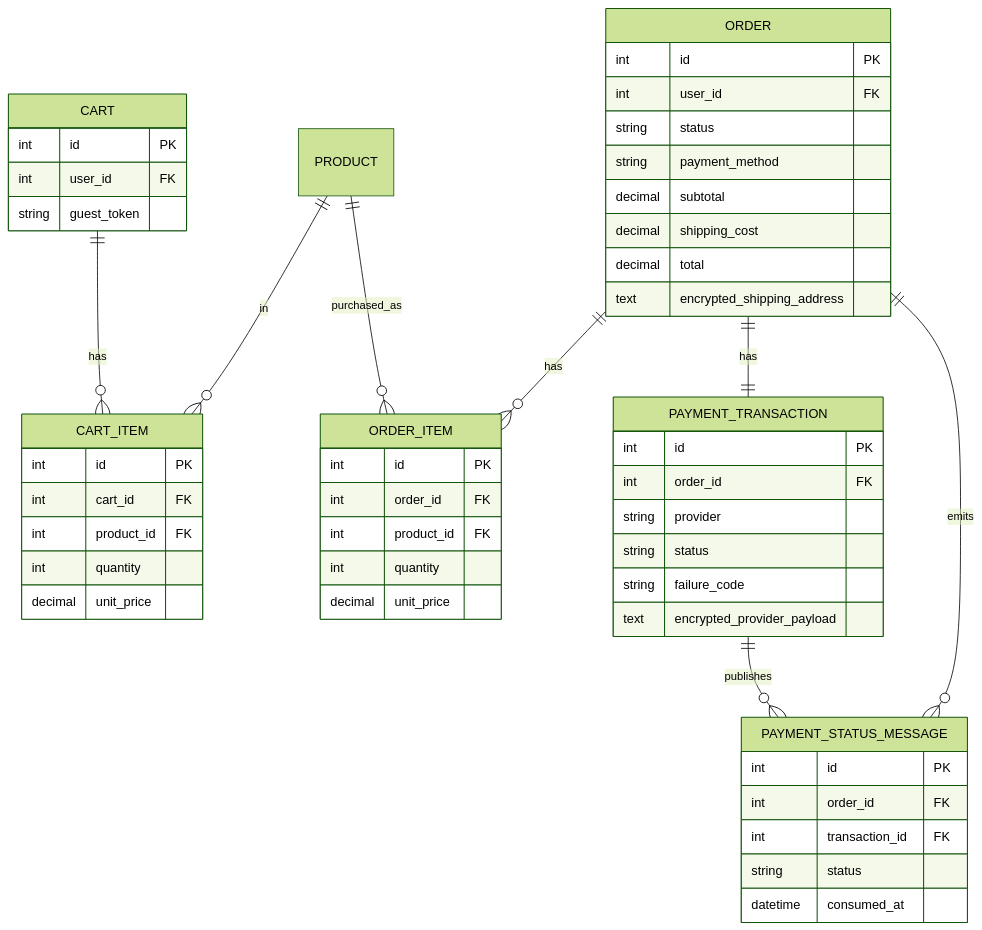
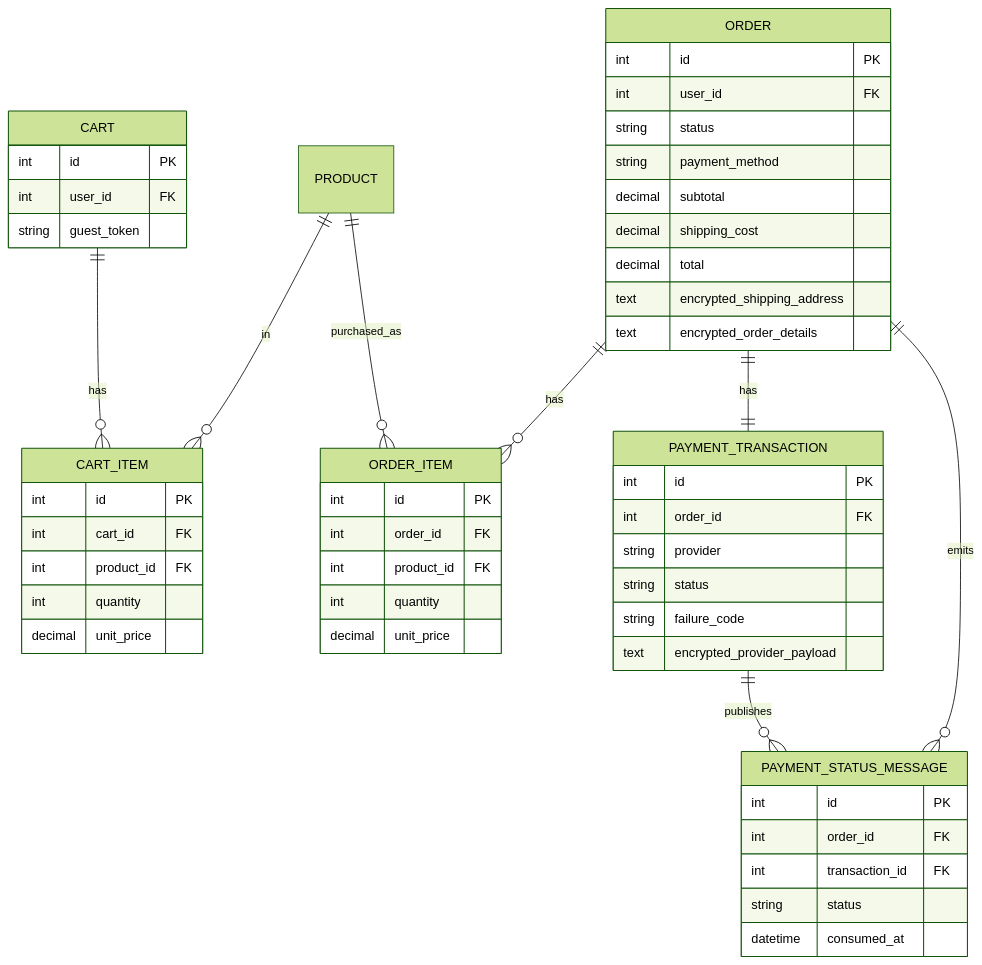
The second of 2 diagrams in README.md (HenriHyttinen/i-love-shopping), drawn with Mermaid (forest theme) before and after one commit. The commit also changed other lines of this file and 14 other files, not shown here.

````diff
--- a/README.md
+++ b/README.md
@@ -67,55 +72,56 @@
 ```mermaid
 erDiagram
     CART {
         int id PK
         int user_id FK
         string guest_token
     }
     CART_ITEM {
         int id PK
         int cart_id FK
         int product_id FK
         int quantity
         decimal unit_price
     }
     ORDER {
         int id PK
         int user_id FK
         string status
         string payment_method
         decimal subtotal
         decimal shipping_cost
         decimal total
         text encrypted_shipping_address
+        text encrypted_order_details
     }
     ORDER_ITEM {
         int id PK
         int order_id FK
         int product_id FK
         int quantity
         decimal unit_price
     }
     PAYMENT_TRANSACTION {
         int id PK
         int order_id FK
         string provider
         string status
         string failure_code
         text encrypted_provider_payload
     }
     PAYMENT_STATUS_MESSAGE {
         int id PK
         int order_id FK
         int transaction_id FK
         string status
         datetime consumed_at
     }
 
     CART ||--o{ CART_ITEM : has
     PRODUCT ||--o{ CART_ITEM : in
     ORDER ||--o{ ORDER_ITEM : has
     PRODUCT ||--o{ ORDER_ITEM : purchased_as
     ORDER ||--|| PAYMENT_TRANSACTION : has
     ORDER ||--o{ PAYMENT_STATUS_MESSAGE : emits
     PAYMENT_TRANSACTION ||--o{ PAYMENT_STATUS_MESSAGE : publishes
 ```
````
